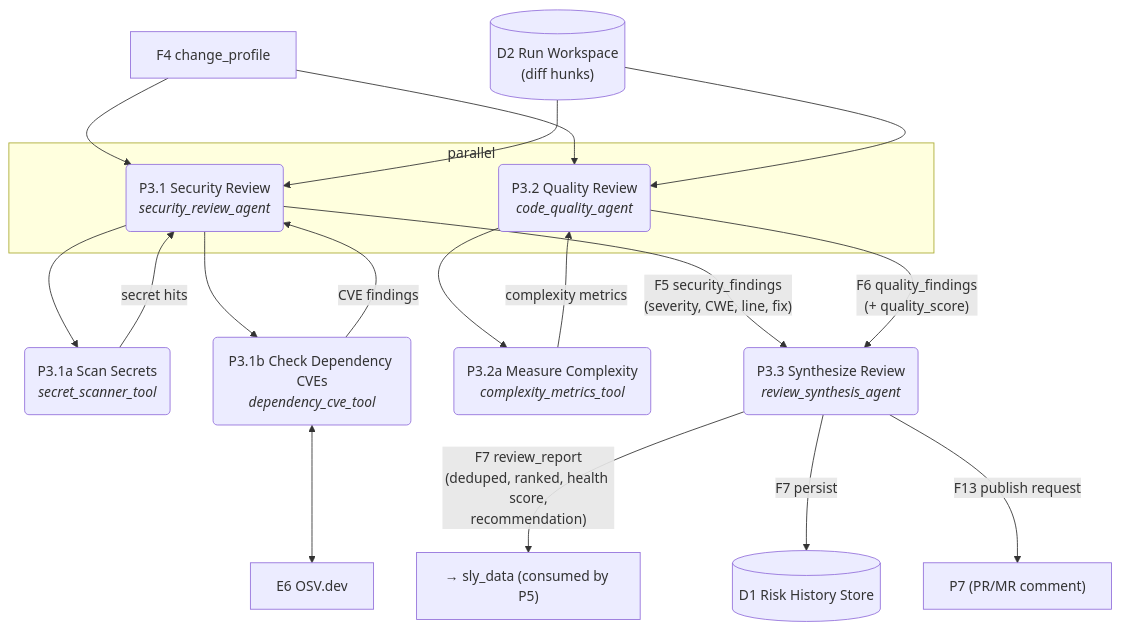
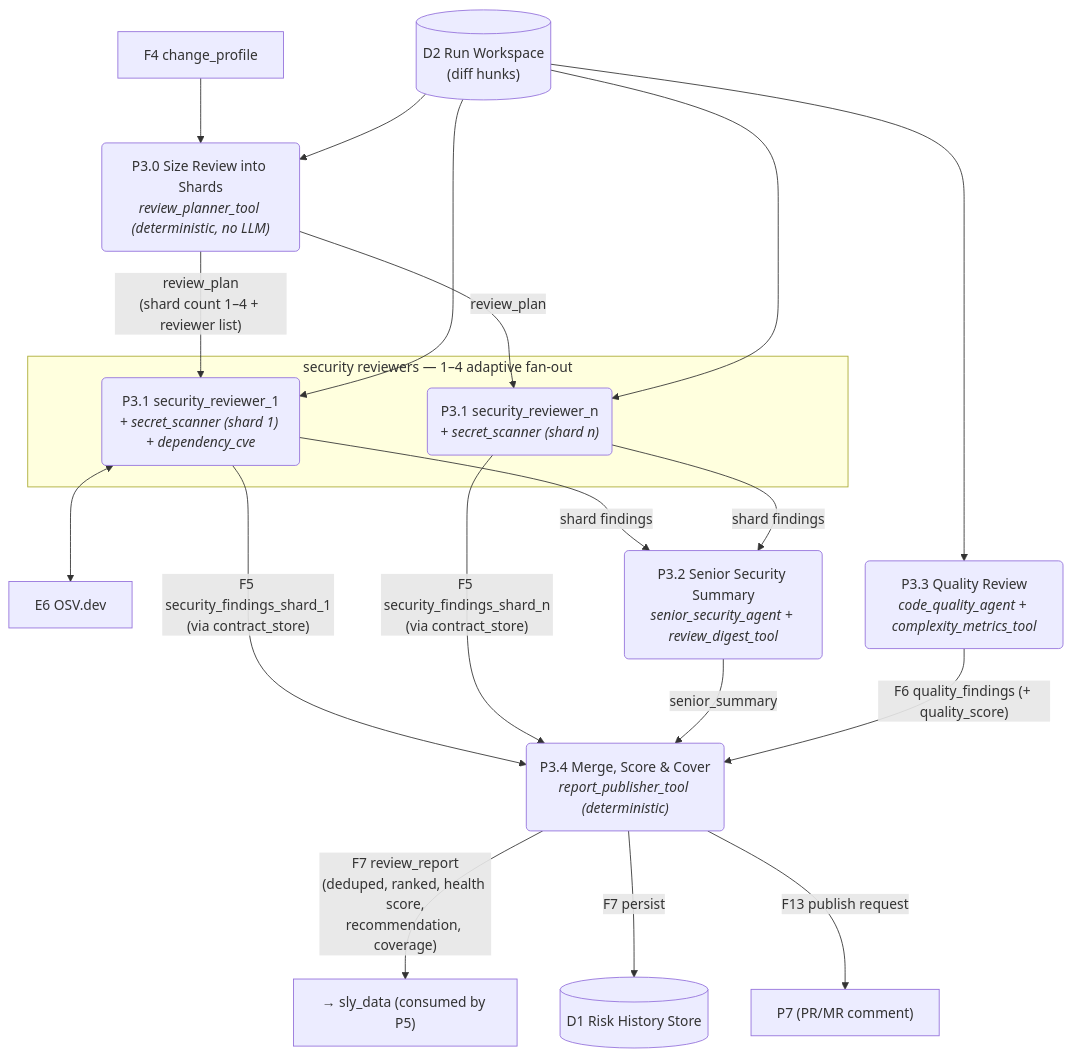
Before and after one commit to anandharshit712/Sentinel: the fourth of 7 diagrams in docs/solution/02-dfd.md, drawn with Mermaid. The commit also changed other lines of this file and 27 other files, not shown here.

First line of the commit message:
feat(audit): audit mode + adaptive security-review fan-out (B5 / A8)

````diff
--- a/docs/solution/02-dfd.md
+++ b/docs/solution/02-dfd.md
@@ -172,36 +172,37 @@
 ```mermaid
 flowchart TD
-    F4["F4 change_profile"] --> P31
-    F4 --> P32
+    F4["F4 change_profile"] --> P30
     D2[("D2 Run Workspace<br/>(diff hunks)")]
+    E6["E6 OSV.dev"]
 
-    subgraph PAR["parallel"]
-        P31("P3.1 Security Review<br/><i>security_review_agent</i>")
-        P32("P3.2 Quality Review<br/><i>code_quality_agent</i>")
+    P30("P3.0 Size Review into Shards<br/><i>review_planner_tool (deterministic, no LLM)</i>")
+    D2 --> P30
+
+    subgraph PAR["security reviewers — 1–4 adaptive fan-out"]
+        P31a("P3.1 security_reviewer_1<br/><i>+ secret_scanner (shard 1) + dependency_cve</i>")
+        P31n("P3.1 security_reviewer_n<br/><i>+ secret_scanner (shard n)</i>")
     end
 
-    P311("P3.1a Scan Secrets<br/><i>secret_scanner_tool</i>")
-    P312("P3.1b Check Dependency CVEs<br/><i>dependency_cve_tool</i>")
-    P321("P3.2a Measure Complexity<br/><i>complexity_metrics_tool</i>")
+    P30 -- "review_plan<br/>(shard count 1–4 + reviewer list)" --> P31a
+    P30 -- "review_plan" --> P31n
+    D2 --> P31a
+    D2 --> P31n
+    P31a <--> E6
 
-    E6["E6 OSV.dev"]
+    P31a -- "F5 security_findings_shard_1<br/>(via contract_store)" --> P34
+    P31n -- "F5 security_findings_shard_n<br/>(via contract_store)" --> P34
+    P31a -- "shard findings" --> P32
+    P31n -- "shard findings" --> P32
 
-    D2 --> P31
-    D2 --> P32
-    P31 --> P311
-    P31 --> P312
-    P312 <--> E6
-    P32 --> P321
+    P32("P3.2 Senior Security Summary<br/><i>senior_security_agent + review_digest_tool</i>")
+    P32 -- "senior_summary" --> P34
 
-    P311 -- "secret hits" --> P31
-    P312 -- "CVE findings" --> P31
-    P321 -- "complexity metrics" --> P32
+    P33("P3.3 Quality Review<br/><i>code_quality_agent + complexity_metrics_tool</i>")
+    D2 --> P33
+    P33 -- "F6 quality_findings (+ quality_score)" --> P34
 
-    P31 -- "F5 security_findings<br/>(severity, CWE, line, fix)" --> P33
-    P32 -- "F6 quality_findings<br/>(+ quality_score)" --> P33
-
-    P33("P3.3 Synthesize Review<br/><i>review_synthesis_agent</i>")
-    P33 -- "F7 review_report<br/>(deduped, ranked, health score,<br/>recommendation)" --> OUT1["→ sly_data (consumed by P5)"]
-    P33 -- "F7 persist" --> D1[("D1 Risk History Store")]
-    P33 -- "F13 publish request" --> P7["P7 (PR/MR comment)"]
+    P34("P3.4 Merge, Score & Cover<br/><i>report_publisher_tool (deterministic)</i>")
+    P34 -- "F7 review_report<br/>(deduped, ranked, health score,<br/>recommendation, coverage)" --> OUT1["→ sly_data (consumed by P5)"]
+    P34 -- "F7 persist" --> D1[("D1 Risk History Store")]
+    P34 -- "F13 publish request" --> P7["P7 (PR/MR comment)"]
 ```
````
